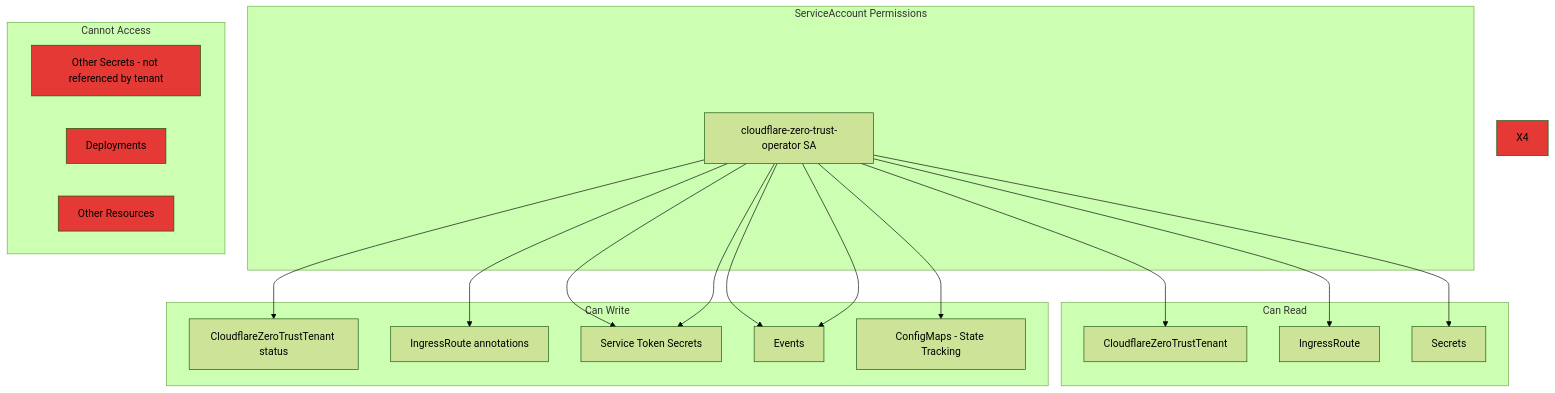
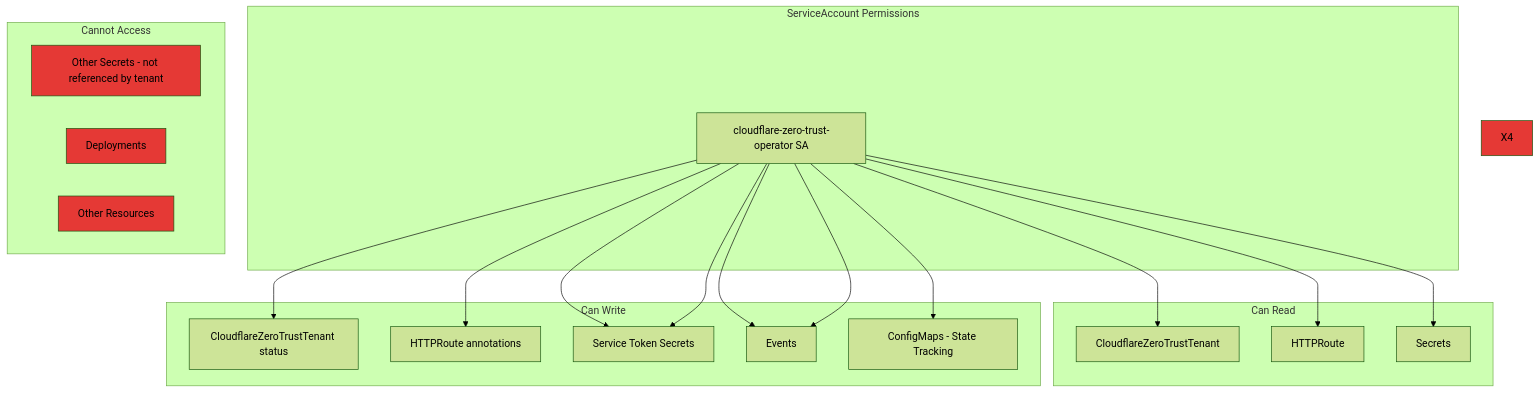
Diagram 12 of 16 in docs/architecture.md (wheetazlab/cloudflare-zero-trust-operator), drawn with Mermaid (forest theme) before and after one commit. The commit also changed other lines of this file and 24 other files, not shown here.

````diff
--- a/docs/architecture.md
+++ b/docs/architecture.md
@@ -720,42 +720,42 @@
 ```mermaid
 graph TB
     subgraph "ServiceAccount Permissions"
         SA[cloudflare-zero-trust-operator SA]
     end
     
     subgraph "Can Read"
         R1[CloudflareZeroTrustTenant]
-        R2[IngressRoute]
+        R2[HTTPRoute]
         R3[Secrets]
     end
     
     subgraph "Can Write"
         W1[CloudflareZeroTrustTenant status]
-        W2[IngressRoute annotations]
+        W2[HTTPRoute annotations]
         W3[Service Token Secrets]
         W4[Events]
         W5[ConfigMaps - State Tracking]
     end
     
     subgraph "Cannot Access"
         X1[Other Secrets - not referenced by tenant]
         X2[Deployments]
         X3[Other Resources]
     end
     
     SA --> R1
     SA --> R2
     SA --> R3
     SA --> W1
     SA --> W2
     SA --> W3
     SA --> W4
     SA --> W5
     SA --> W3
     SA --> W4
     
     style X1 fill:#E53935
     style X2 fill:#E53935
     style X3 fill:#E53935
     style X4 fill:#E53935
 ```
````
